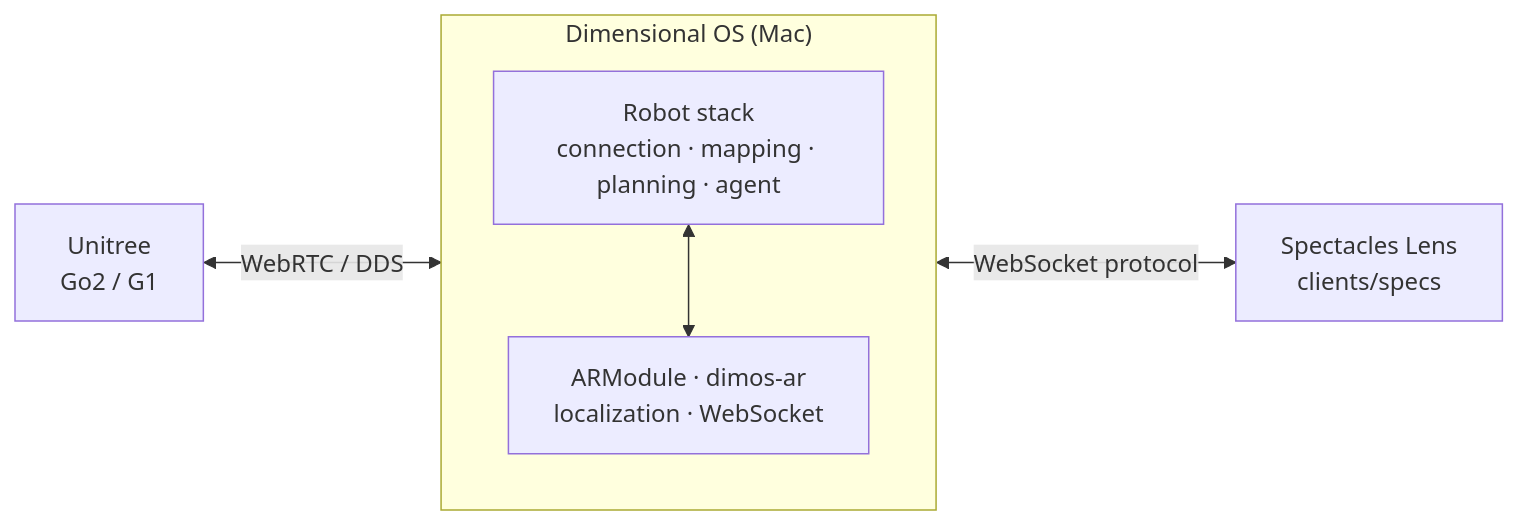
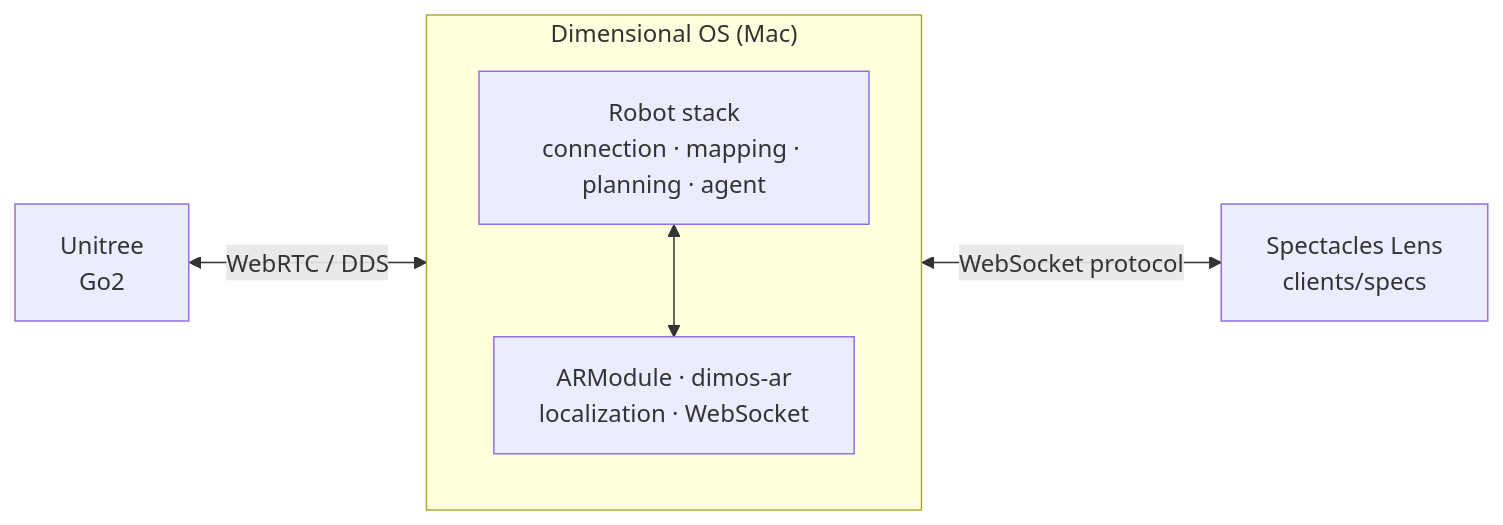
Before and after one commit to V4C38/spectacles-dimensional-os: the first of 5 diagrams in README.md, drawn with Mermaid. The commit also changed other lines of this file and 35 other files, not shown here.

````diff
--- a/README.md
+++ b/README.md
@@ -169,16 +186,16 @@
 ```mermaid
 flowchart LR
-  Robot["Unitree<br>Go2 / G1"]
+  Robot["Unitree<br>Go2"]
 
   subgraph DimOS["Dimensional OS (Mac)"]
     direction TB
     Stack["Robot stack<br>connection · mapping · planning · agent"]
     ARModule["ARModule · dimos-ar<br>localization · WebSocket"]
     Stack <--> ARModule
   end
 
   Lens["Spectacles Lens<br>clients/specs"]
 
   Robot <-->|"WebRTC / DDS"| Stack
   ARModule <-->|"WebSocket protocol"| Lens
 ```
````
